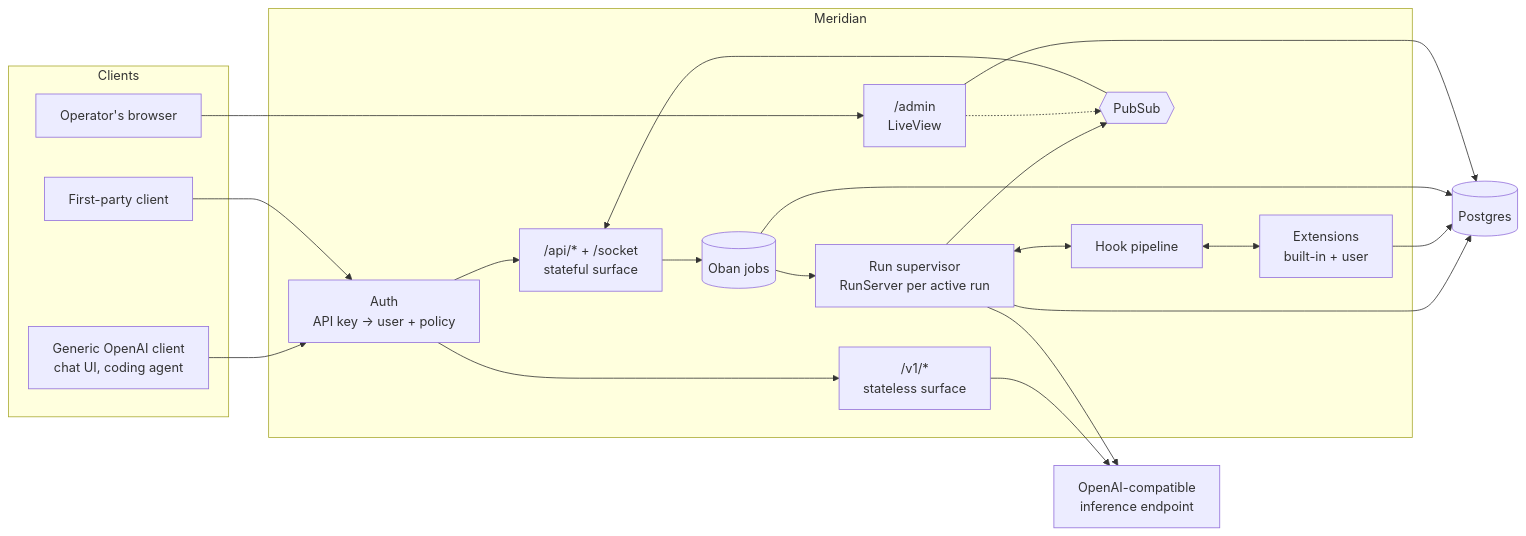
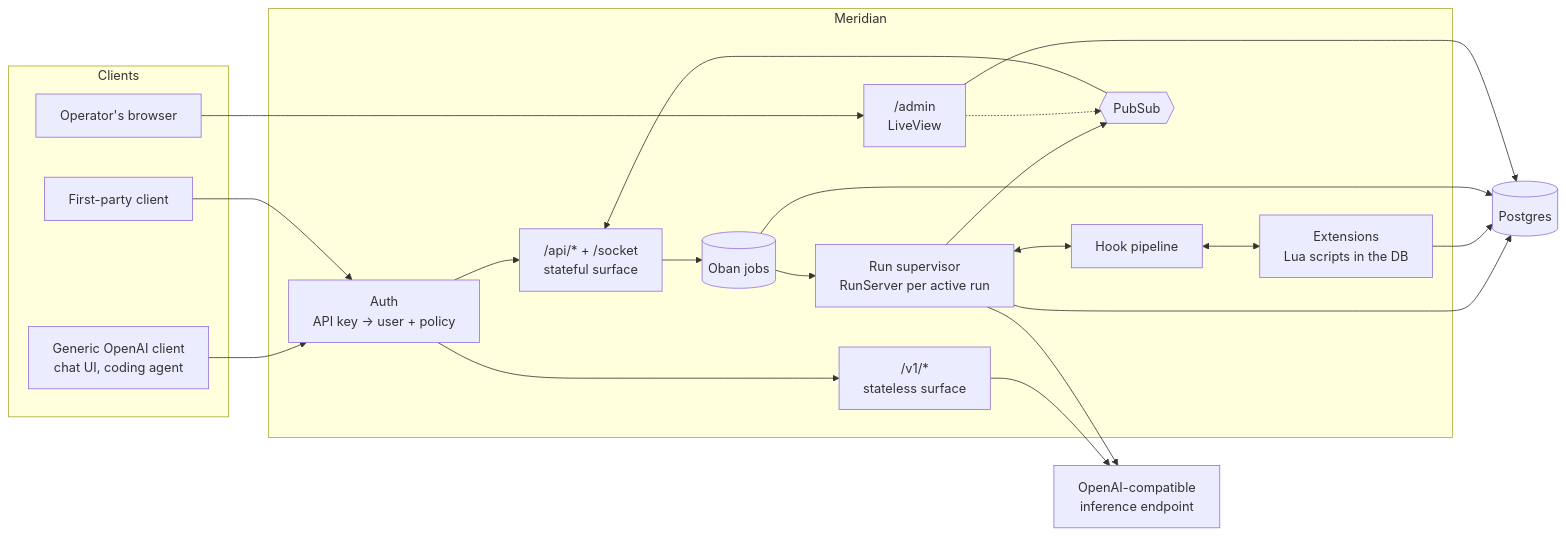
One commit to AlbinDalbert/meridian changed the first of 2 diagrams in docs/design.md. Above: the diagram before and after it, drawn with Mermaid. The commit also changed other lines of this file and 43 other files, not shown here.

Commit message:
extensions code is lua and live in db

````diff
--- a/docs/design.md
+++ b/docs/design.md
@@ -59,35 +59,35 @@
 ```mermaid
 flowchart LR
     subgraph Clients
         C1[Generic OpenAI client<br/>chat UI, coding agent]
         C2[First-party client]
         C3[Operator's browser]
     end
 
     subgraph Meridian
         Admin["/admin<br/>LiveView"]
         Auth[Auth<br/>API key → user + policy]
         Compat["/v1/* <br/>stateless surface"]
         Native["/api/* + /socket <br/>stateful surface"]
         Runs[Run supervisor<br/>RunServer per active run]
         Hooks[Hook pipeline]
-        Ext[Extensions<br/>built-in + user]
+        Ext[Extensions<br/>Lua scripts in the DB]
         Oban[(Oban jobs)]
         PubSub{{PubSub}}
     end
 
     DB[(Postgres)]
     LLM[OpenAI-compatible<br/>inference endpoint]
 
     C1 --> Auth --> Compat --> LLM
     C2 --> Auth --> Native
     Native --> Oban --> Runs
     Runs <--> Hooks <--> Ext
     Runs --> LLM
     Runs --> PubSub --> Native
     Runs --> DB
     Ext --> DB
     Oban --> DB
     C3 --> Admin --> DB
     Admin -.-> PubSub
 ```
````
